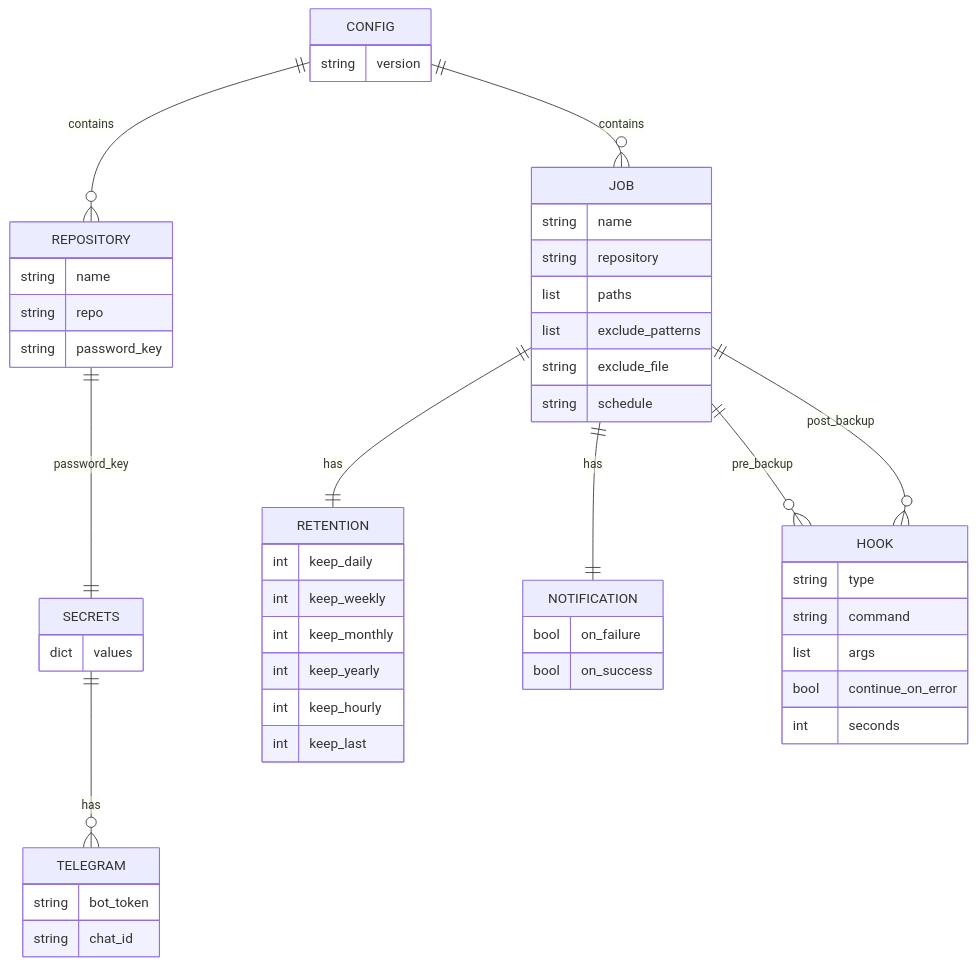
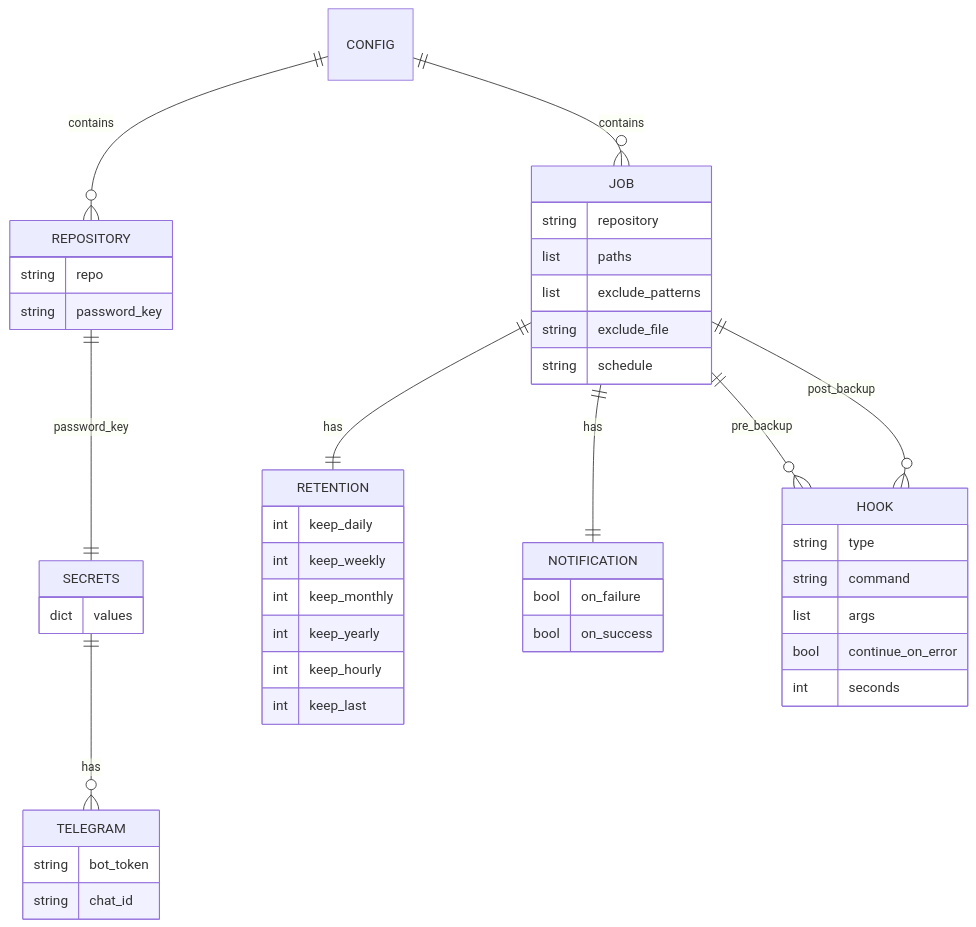
Before and after one commit to gdellis/restic-manager: the fourth of 4 diagrams in DESIGN.md, drawn with Mermaid. The commit also changed 2 other files, not shown here.

Commit message:
Address review: harden doc-example test, clean up remaining ER-diagram drift
- Add assertions for repo.log_cli_output, job.exclude_file, and
  job.post_backup to the README doc-example regression test, covering
  fields the example implicitly leaves unset.
- Correct the test's doc comment: it catches a documented field being
  removed/renamed, not a new unknown key added to the YAML example
  (neither Config nor Job sets deny_unknown_fields, so serde silently
  drops those). Not adding deny_unknown_fields itself - that's a bigger
  schema-strictness decision out of scope for this doc-fix PR.
- Remove the remaining stale DESIGN.md ER-diagram entries this PR
  hadn't caught: CONFIG.version and JOB/REPOSITORY.name don't exist as
  struct fields (job/repo names are HashMap keys, not struct fields).
- Reformat the continue_on_error row in README's config reference table
  so it reads as a per-hook sub-field rather than a sibling of
  jobs.<name>.pre_backup/post_backup.

````diff
--- a/DESIGN.md
+++ b/DESIGN.md
@@ -170,61 +170,55 @@
 ```mermaid
 erDiagram
     CONFIG ||--o{ REPOSITORY : contains
     CONFIG ||--o{ JOB : contains
     REPOSITORY ||--|| SECRETS : password_key
     JOB ||--|| RETENTION : has
     JOB ||--|| NOTIFICATION : has
     JOB ||--o{ HOOK : pre_backup
     JOB ||--o{ HOOK : post_backup
     SECRETS ||--o{ TELEGRAM : has
 
-    CONFIG {
-        string version
-    }
-
     REPOSITORY {
-        string name
         string repo
         string password_key
     }
 
     JOB {
-        string name
         string repository
         list paths
         list exclude_patterns
         string exclude_file
         string schedule
     }
 
     RETENTION {
         int keep_daily
         int keep_weekly
         int keep_monthly
         int keep_yearly
         int keep_hourly
         int keep_last
     }
 
     NOTIFICATION {
         bool on_failure
         bool on_success
     }
 
     HOOK {
         string type
         string command
         list args
         bool continue_on_error
         int seconds
     }
 
     SECRETS {
         dict values
     }
 
     TELEGRAM {
         string bot_token
         string chat_id
     }
 ```
````
